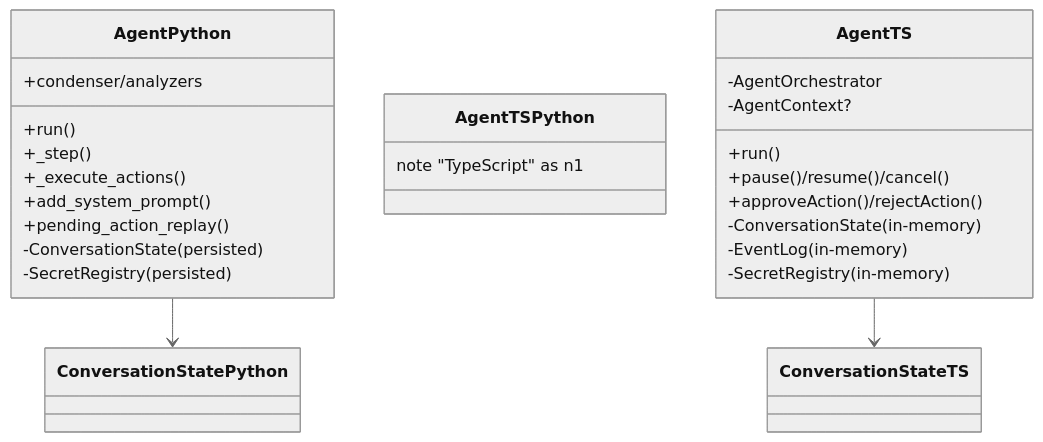
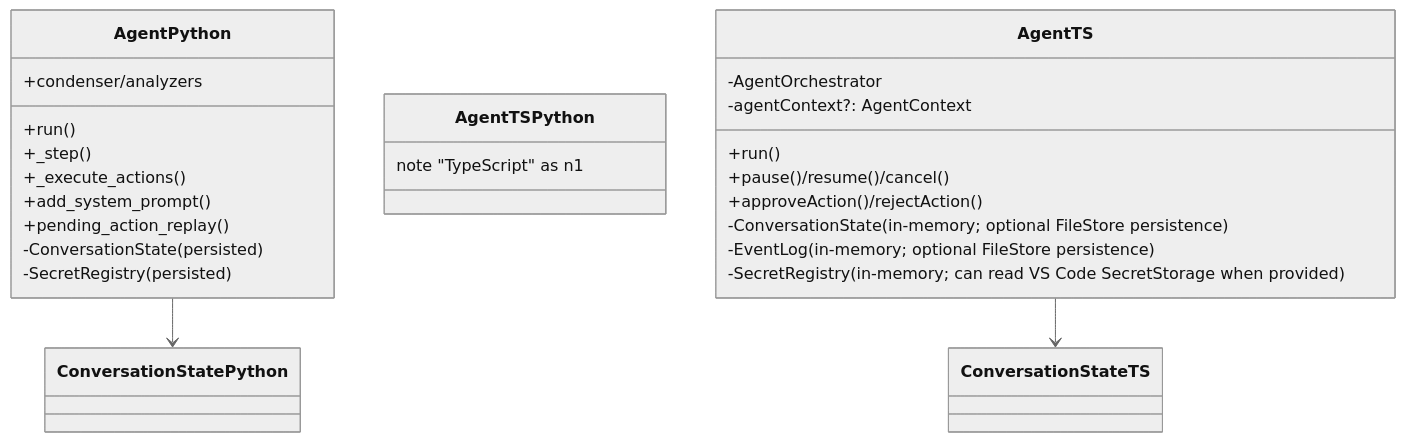
One commit to enyst/OpenHands-Tab changed the third of 5 diagrams in packages/agent-sdk-ts/docs/python-parity.md. Above: the diagram before and after it, drawn with Mermaid (neutral theme). The commit also changed other lines of this file, not shown here.

Commit message:
docs(agent-sdk-ts): clarify parity doc (oh-tab-0rq)

````diff
--- a/packages/agent-sdk-ts/docs/python-parity.md
+++ b/packages/agent-sdk-ts/docs/python-parity.md
@@ -298,28 +301,28 @@
 ```mermaid
 classDiagram
     class AgentPython {
       +run()
       +_step()
       +_execute_actions()
       +add_system_prompt()
       +condenser/analyzers
       +pending_action_replay()
       -ConversationState (persisted)
       -SecretRegistry (persisted)
     }
     class AgentTSPython {
       note "TypeScript" as n1
     }
     class AgentTS {
       +run()
       +pause()/resume()/cancel()
       +approveAction()/rejectAction()
       -AgentOrchestrator
-      -ConversationState (in-memory)
-      -EventLog (in-memory)
-      -SecretRegistry (in-memory)
-      -AgentContext?
+      -ConversationState (in-memory; optional FileStore persistence)
+      -EventLog (in-memory; optional FileStore persistence)
+      -SecretRegistry (in-memory; can read VS Code SecretStorage when provided)
+      -agentContext?: AgentContext
     }
     AgentPython --> ConversationStatePython
     AgentTS --> ConversationStateTS
 ```
````
